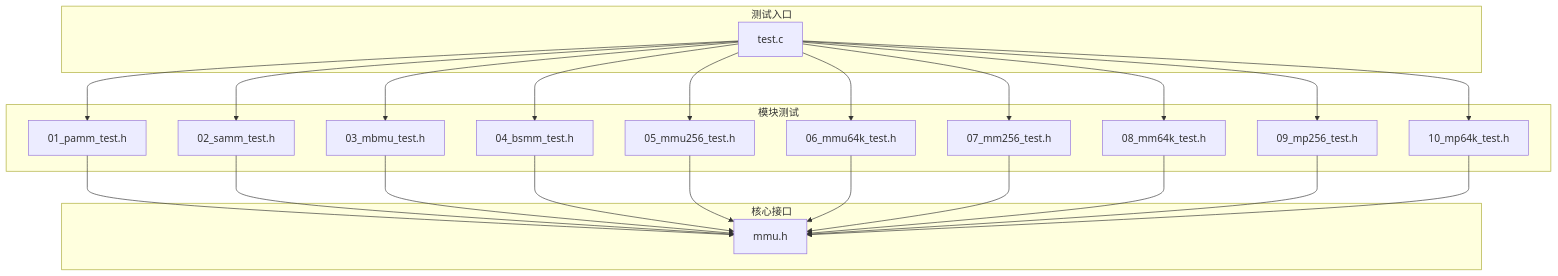
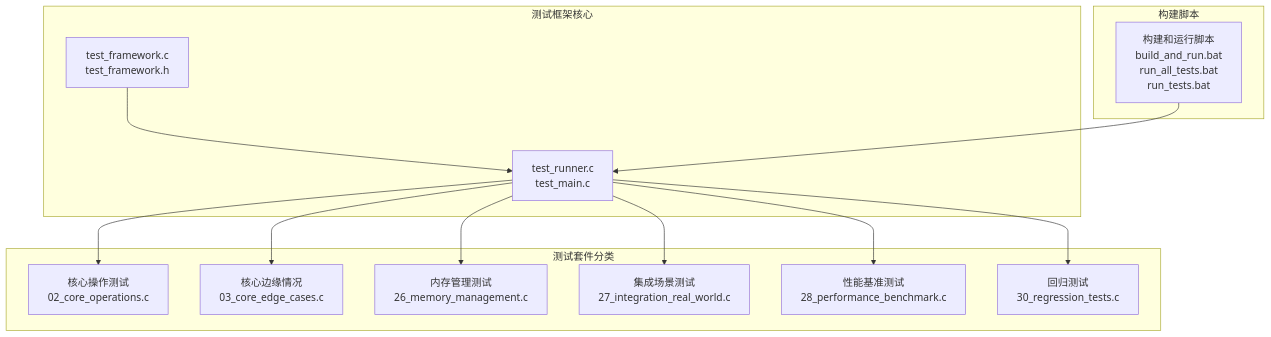
One commit to xywhsoft/xpack changed the first of 4 diagrams in .qoder/repowiki/zh/content/开发者指南/测试框架.md. Above: the diagram before and after it, drawn with Mermaid. The commit also changed other lines of this file and 23 other files, not shown here.

````diff
--- a/.qoder/repowiki/zh/content/开发者指南/测试框架.md
+++ b/.qoder/repowiki/zh/content/开发者指南/测试框架.md
@@ -43,41 +50,26 @@
 ```mermaid
 graph TB
-subgraph "测试入口"
-TMain["test.c"]
+subgraph "测试框架核心"
+TFramework["test_framework.c<br/>test_framework.h"]
+TRunner["test_runner.c<br/>test_main.c"]
 end
-subgraph "模块测试"
-TPAMM["01_pamm_test.h"]
-TSAMM["02_samm_test.h"]
-TMBMU["03_mbmu_test.h"]
-TBSMM["04_bsmm_test.h"]
-TMMU256["05_mmu256_test.h"]
-TMMU64K["06_mmu64k_test.h"]
-TMM256["07_mm256_test.h"]
-TMM64K["08_mm64k_test.h"]
-TMP256["09_mp256_test.h"]
-TMP64K["10_mp64k_test.h"]
+subgraph "测试套件分类"
+CoreOps["核心操作测试<br/>02_core_operations.c"]
+CoreEdge["核心边缘情况<br/>03_core_edge_cases.c"]
+MemMgmt["内存管理测试<br/>26_memory_management.c"]
+Integration["集成场景测试<br/>27_integration_real_world.c"]
+PerfBenchmark["性能基准测试<br/>28_performance_benchmark.c"]
+Regression["回归测试<br/>30_regression_tests.c"]
 end
-subgraph "核心接口"
-THdr["mmu.h"]
+subgraph "构建脚本"
+BuildScripts["构建和运行脚本<br/>build_and_run.bat<br/>run_all_tests.bat<br/>run_tests.bat"]
 end
-TMain --> TPAMM
-TMain --> TSAMM
-TMain --> TMBMU
-TMain --> TBSMM
-TMain --> TMMU256
-TMain --> TMMU64K
-TMain --> TMM256
-TMain --> TMM64K
-TMain --> TMP256
-TMain --> TMP64K
-TPAMM --> THdr
-TSAMM --> THdr
-TMBMU --> THdr
-TBSMM --> THdr
-TMMU256 --> THdr
-TMMU64K --> THdr
-TMM256 --> THdr
-TMM64K --> THdr
-TMP256 --> THdr
-TMP64K --> THdr
+TFramework --> TRunner
+TRunner --> CoreOps
+TRunner --> CoreEdge
+TRunner --> MemMgmt
+TRunner --> Integration
+TRunner --> PerfBenchmark
+TRunner --> Regression
+BuildScripts --> TRunner
 ```
````
